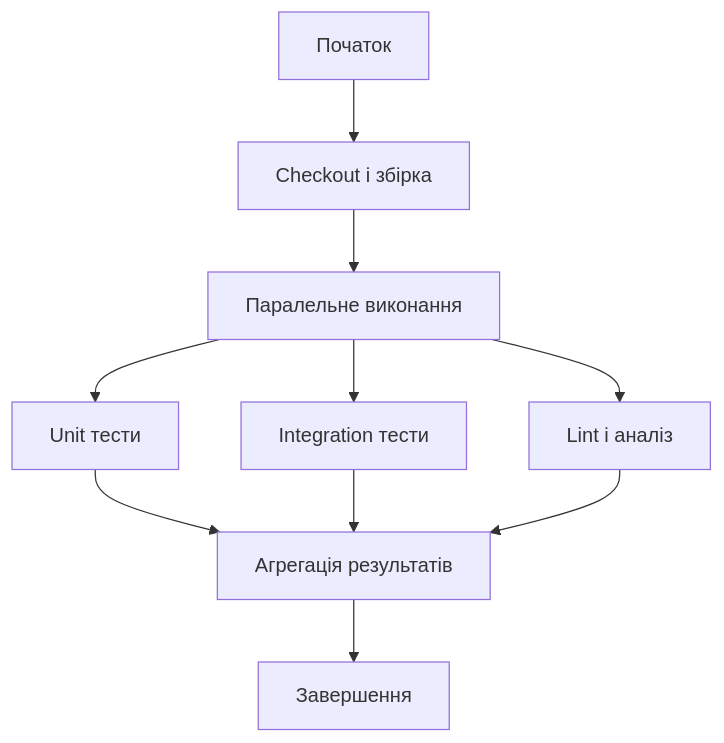
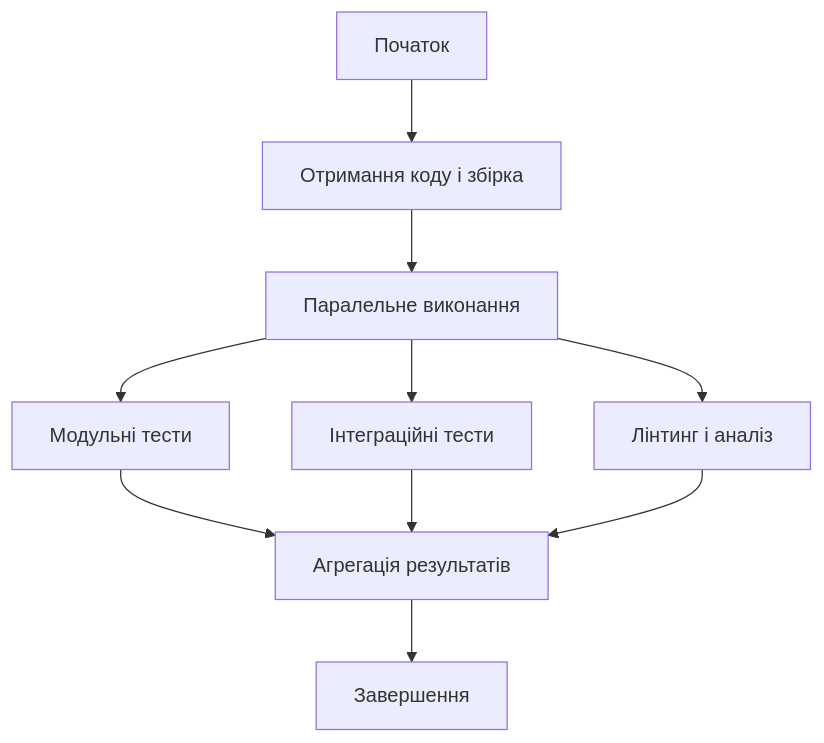
One commit to olroi421/course-opi-v2 changed the third of 11 diagrams in lectures/lecture-13.md. Above: the diagram before and after it, drawn with Mermaid. The commit also changed other lines of this file and 9 other files, not shown here.

````diff
--- a/lectures/lecture-13.md
+++ b/lectures/lecture-13.md
@@ -125,12 +153,12 @@
 ```mermaid
 graph TB
-    A[Початок] --> B[Checkout і збірка]
+    A[Початок] --> B[Отримання коду і збірка]
     B --> C[Паралельне виконання]
-    C --> D[Unit тести]
-    C --> E[Integration тести]
-    C --> F[Lint і аналіз]
+    C --> D[Модульні тести]
+    C --> E[Інтеграційні тести]
+    C --> F[Лінтинг і аналіз]
     D --> G[Агрегація результатів]
     E --> G
     F --> G
     G --> H[Завершення]
 ```
````
